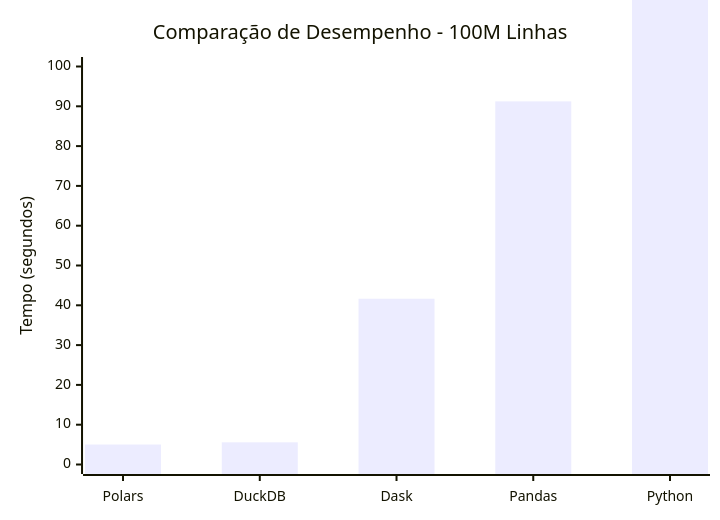
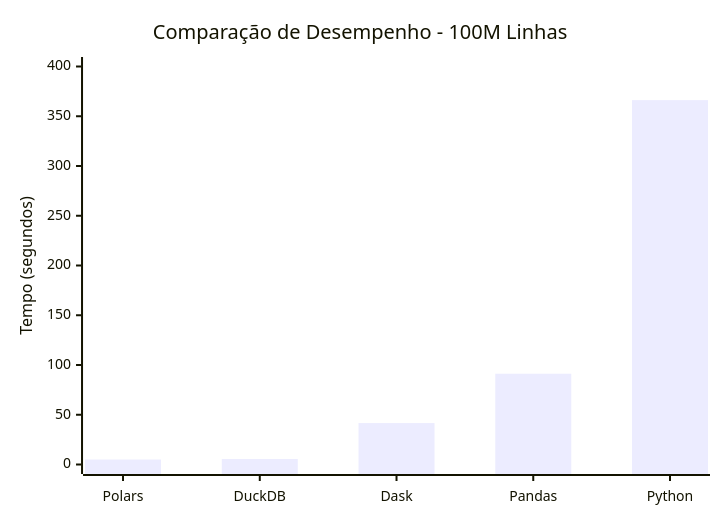
Before and after one commit to rafaeljurkfitz/one-billion-row-challenge-python: the fifth of 6 diagrams in README.md, drawn with Mermaid. The commit also changed other lines of this file, not shown here.

````diff
--- a/README.md
+++ b/README.md
@@ -150,7 +182,7 @@
 ```mermaid
 xychart-beta
     title "Comparação de Desempenho - 100M Linhas"
     x-axis ["Polars", "DuckDB", "Dask", "Pandas", "Python"]
-    y-axis "Tempo (segundos)" 0 --> 100
+    y-axis "Tempo (segundos)" 0 --> 400
     bar [5.02, 5.57, 41.65, 91.24, 366.20]
 ```
````
